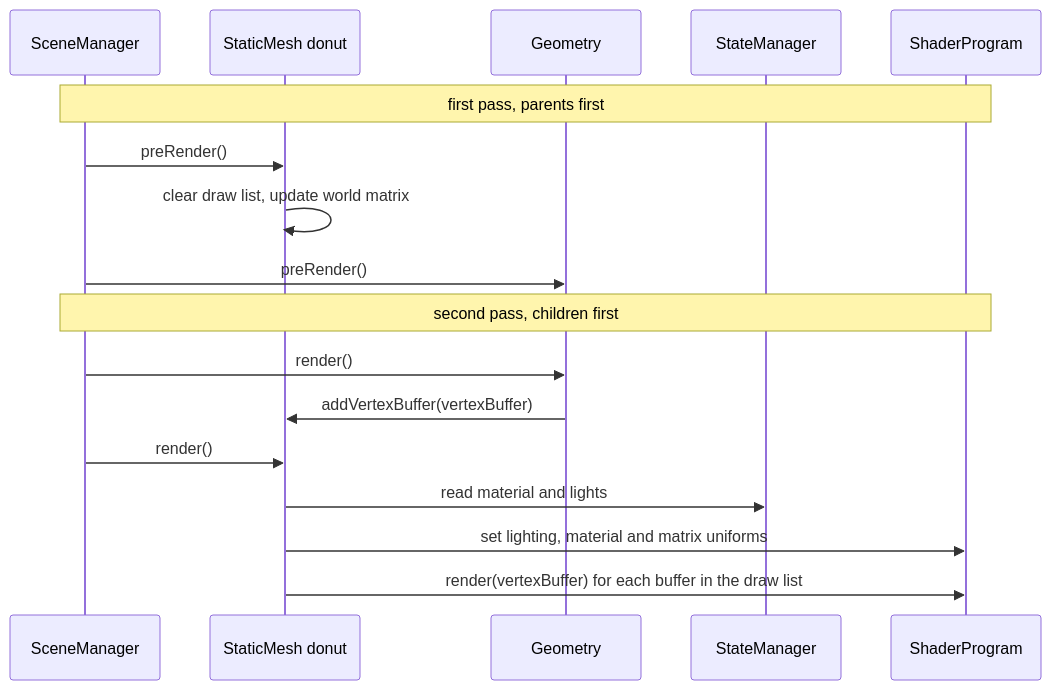
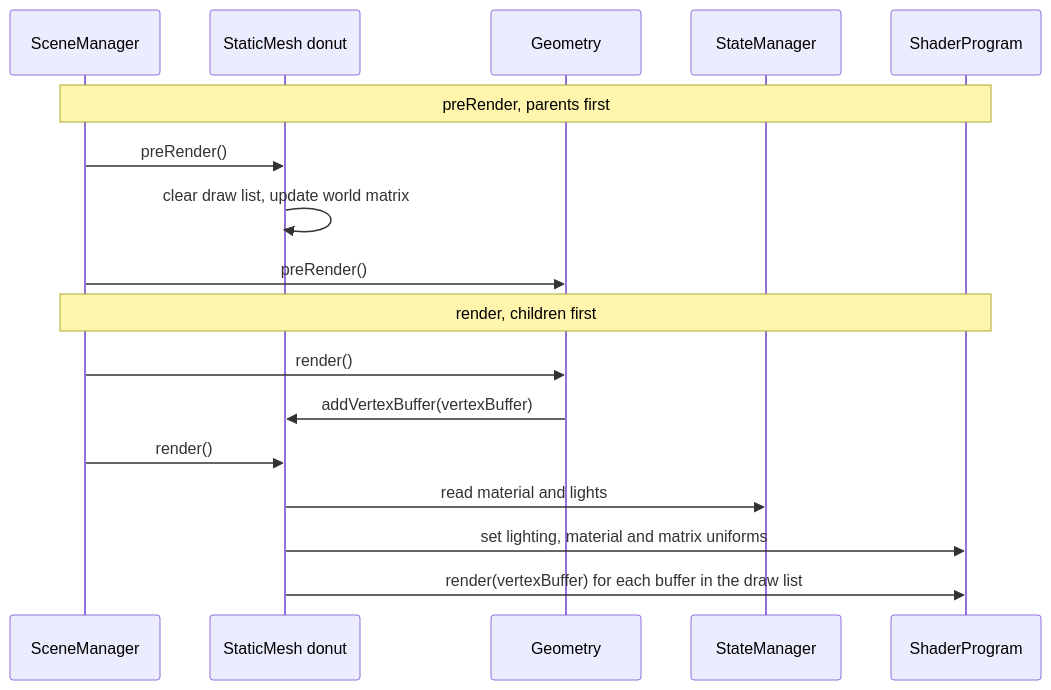
Before and after one commit to MiguelCastillo/scenic: the second of 2 diagrams in README.md, drawn with Mermaid. The commit also changed other lines of this file and 8 other files, not shown here.

````diff
--- a/README.md
+++ b/README.md
@@ -1052,21 +1071,21 @@
 ```mermaid
 sequenceDiagram
   participant SM as SceneManager
   participant Mesh as StaticMesh donut
   participant Geo as Geometry
   participant State as StateManager
   participant SP as ShaderProgram
 
-  Note over SM,SP: first pass, parents first
+  Note over SM,SP: preRender, parents first
   SM->>Mesh: preRender()
   Mesh->>Mesh: clear draw list, update world matrix
   SM->>Geo: preRender()
 
-  Note over SM,SP: second pass, children first
+  Note over SM,SP: render, children first
   SM->>Geo: render()
   Geo->>Mesh: addVertexBuffer(vertexBuffer)
   SM->>Mesh: render()
   Mesh->>State: read material and lights
   Mesh->>SP: set lighting, material and matrix uniforms
   Mesh->>SP: render(vertexBuffer) for each buffer in the draw list
 ```
````
